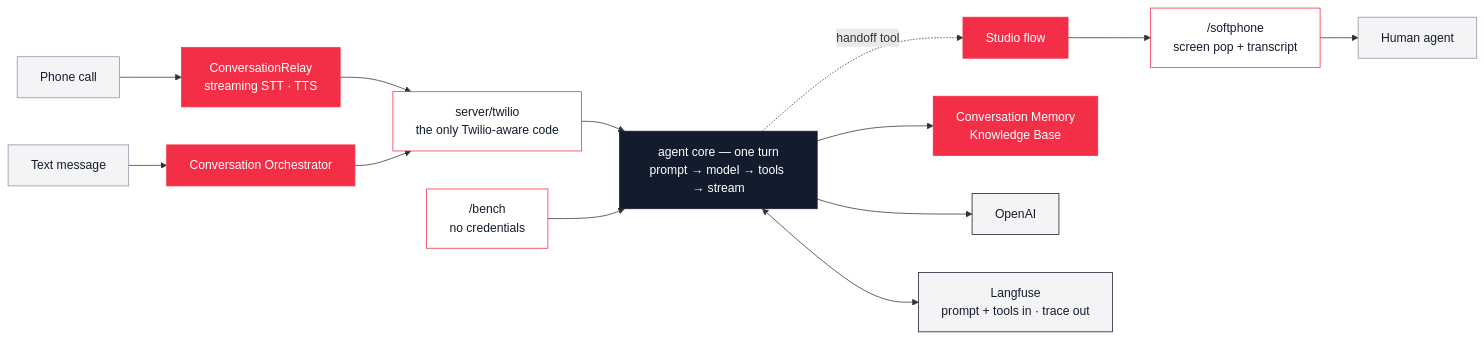
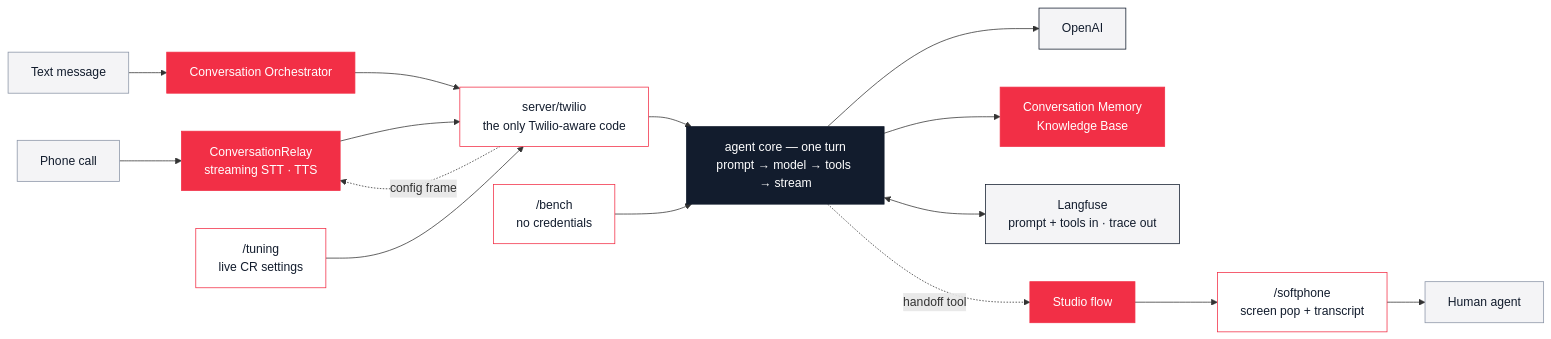
The diagram in README.md (dtolb/tac-langfuse), drawn with Mermaid before and after one commit. The commit also changed other lines of this file, not shown here.

Commit message:
docs: README covers CR tuning, Langfuse sessions, Insights backfill and ZDR

````diff
--- a/README.md
+++ b/README.md
@@ -98,34 +115,37 @@
 ```mermaid
 flowchart LR
   phone["Phone call"]:::caller
   text["Text message"]:::caller
   human["Human agent"]:::caller
 
   cr["ConversationRelay<br/>streaming STT · TTS"]:::twilio
   co["Conversation Orchestrator"]:::twilio
   studio["Studio flow"]:::twilio
   tsvc["Conversation Memory<br/>Knowledge Base"]:::twilio
 
   adapters["server/twilio<br/>the only Twilio-aware code"]:::app
   core["agent core — one turn<br/>prompt → model → tools → stream"]:::core
   bench["/bench<br/>no credentials"]:::app
   soft["/softphone<br/>screen pop + transcript"]:::app
+  tune["/tuning<br/>live CR settings"]:::app
 
   model["OpenAI"]:::ext
   lf["Langfuse<br/>prompt + tools in · trace out"]:::ext
 
   phone --> cr --> adapters
   text --> co --> adapters
   adapters --> core
   bench --> core
+  tune --> adapters
+  adapters -. "config frame" .-> cr
   core --> model
   core --> tsvc
   core <--> lf
   core -. "handoff tool" .-> studio --> soft --> human
 
   classDef caller fill:#F4F4F6,stroke:#8A94A6,color:#121C2D
   classDef twilio fill:#F22F46,stroke:#F22F46,color:#FFFFFF
   classDef app fill:#FFFFFF,stroke:#F22F46,color:#121C2D
   classDef core fill:#121C2D,stroke:#121C2D,color:#FFFFFF
   classDef ext fill:#F4F4F6,stroke:#121C2D,color:#121C2D
 ```
````
